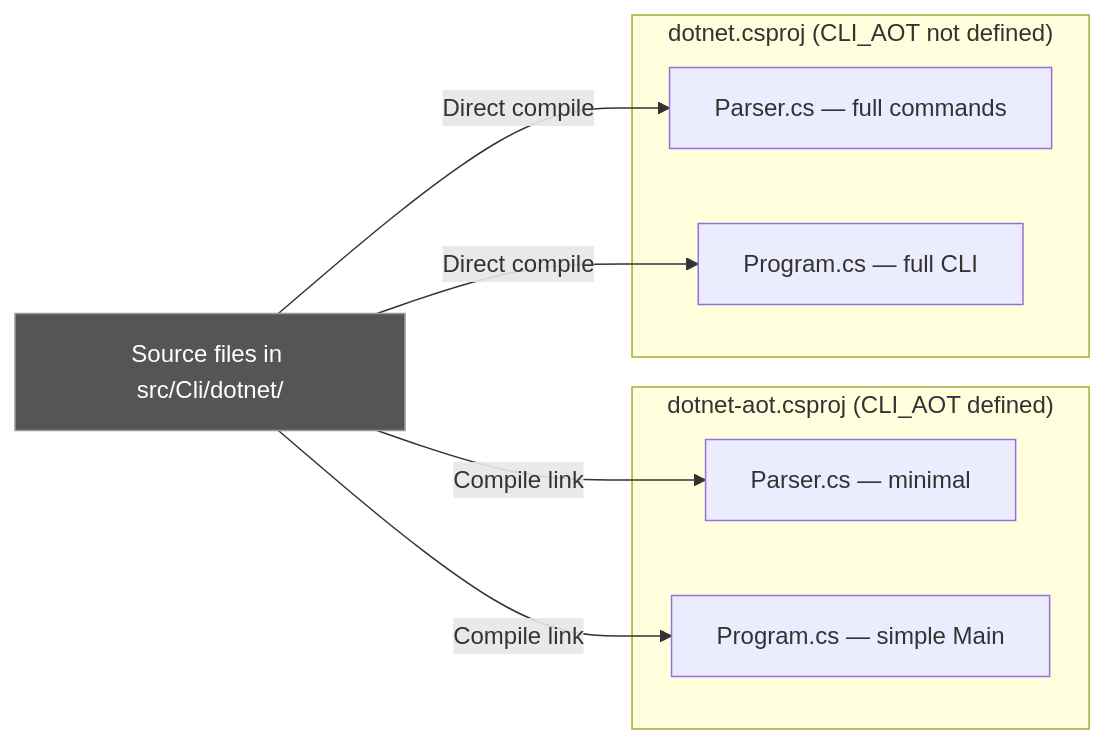
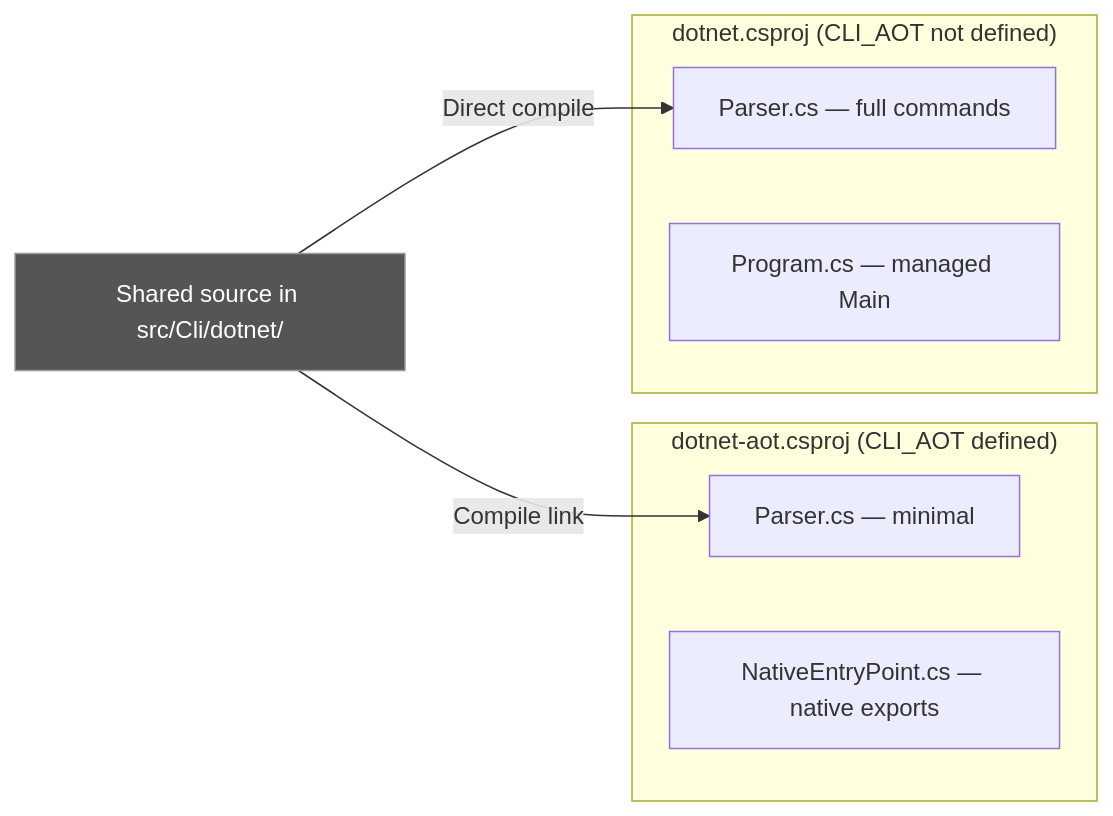
The third of 6 diagrams in src/sdk/src/Cli/dotnet-aot/DESIGN.md (dotnet/dotnet), drawn with Mermaid before and after one commit. The commit also changed other lines of this file and 579 other files, not shown here.

First line of the commit message:
[sdk] Source update 2345a18 → 3279708 Diff: https://github.com/dotnet/sdk/compare/2345a18a8acf9e58ce5e2000f366a8b4f47a6f60..3279708b5c92bd1e10c7283a90784c1313d1323b

````diff
--- a/src/sdk/src/Cli/dotnet-aot/DESIGN.md
+++ b/src/sdk/src/Cli/dotnet-aot/DESIGN.md
@@ -204,19 +218,17 @@
 ```mermaid
 graph LR
     subgraph "dotnet-aot.csproj (CLI_AOT defined)"
         PA["Parser.cs — minimal"]
-        PR["Program.cs — simple Main"]
+        PR["NativeEntryPoint.cs — native exports"]
     end
 
     subgraph "dotnet.csproj (CLI_AOT not defined)"
         PB["Parser.cs — full commands"]
-        PS["Program.cs — full CLI"]
+        PS["Program.cs — managed Main"]
     end
 
-    SRC["Source files in src/Cli/dotnet/"] -->|"Compile link"| PA
-    SRC -->|"Compile link"| PR
+    SRC["Shared source in src/Cli/dotnet/"] -->|"Compile link"| PA
     SRC -->|"Direct compile"| PB
-    SRC -->|"Direct compile"| PS
 
     style SRC fill:#555,stroke:#999,color:#fff
 ```
````
